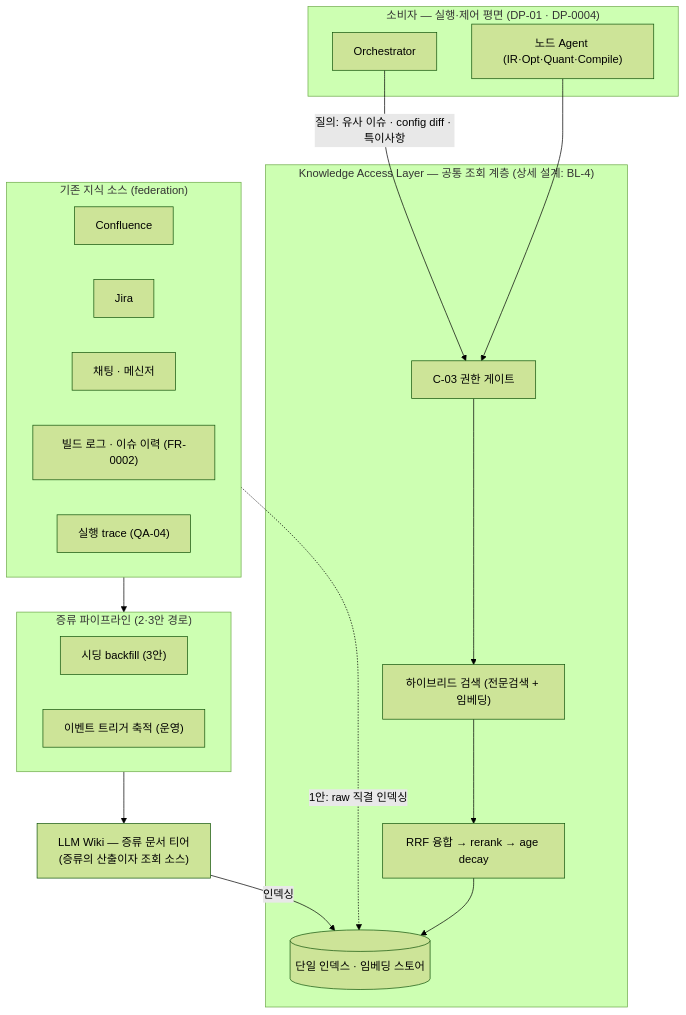
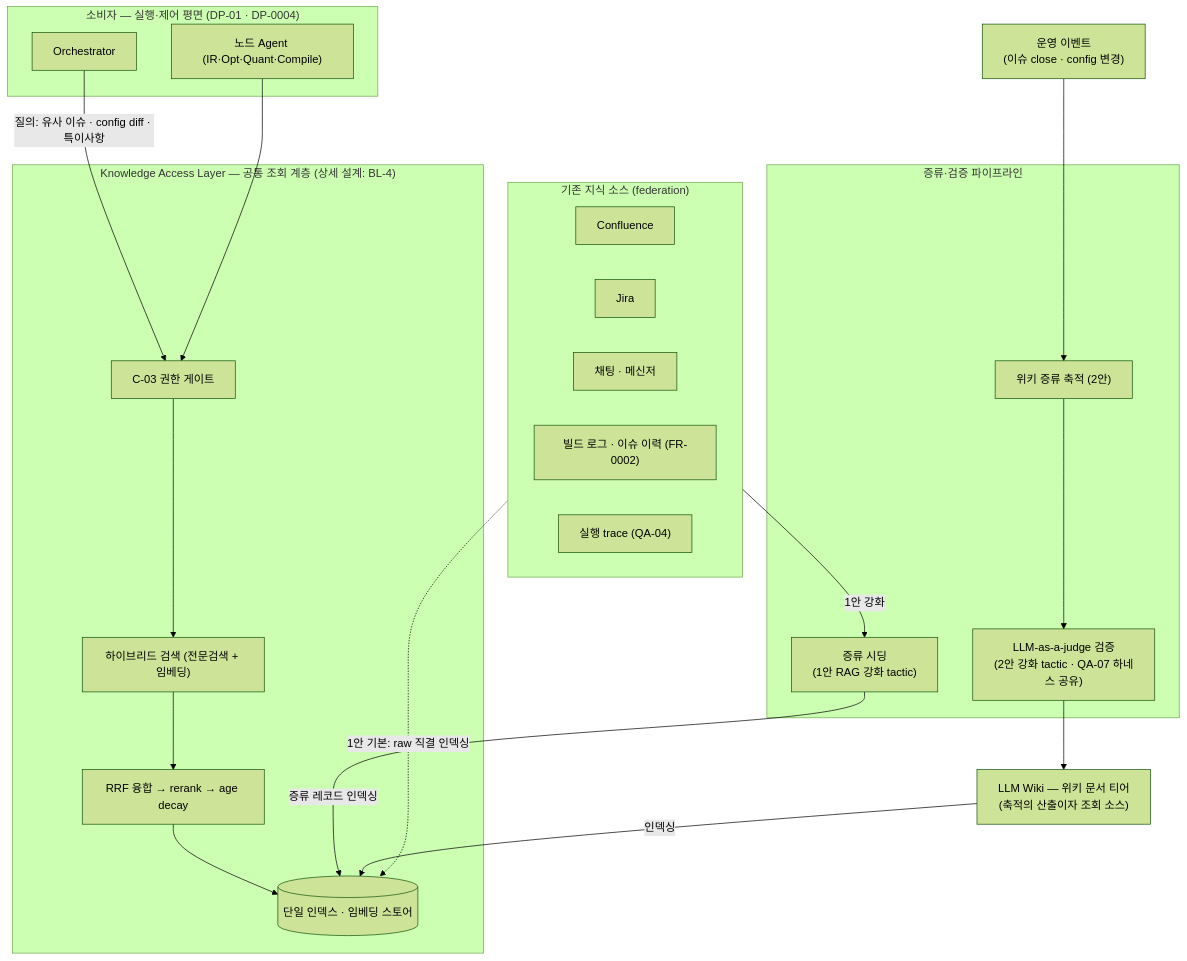
One commit to sj-meliora/archi-team-project changed the diagram in context/dp/DP-06-knowledge-base.md. Above: the diagram before and after it, drawn with Mermaid (forest theme). The commit also changed other lines of this file and 3 other files, not shown here.

First line of the commit message:
docs(dp): DP-06 v3 발표 용어 정비 — RAG vs LLM 위키 2안 + 강화 tactic 재배치

````diff
--- a/context/dp/DP-06-knowledge-base.md
+++ b/context/dp/DP-06-knowledge-base.md
@@ -61,38 +62,39 @@
 ```mermaid
 flowchart TB
     subgraph CONS["소비자 — 실행·제어 평면 (DP-01 · DP-0004)"]
         ORC["Orchestrator"]
         AGT["노드 Agent (IR·Opt·Quant·Compile)"]
     end
 
     subgraph KAL["Knowledge Access Layer — 공통 조회 계층 (상세 설계: BL-4)"]
         GATE["C-03 권한 게이트"]
         HYB["하이브리드 검색 (전문검색 + 임베딩)"]
         RANK["RRF 융합 → rerank → age decay"]
         IDX[("단일 인덱스 · 임베딩 스토어")]
     end
 
-    subgraph DIST["증류 파이프라인 (2·3안 경로)"]
-        SEED["시딩 backfill (3안)"]
-        EVT["이벤트 트리거 축적 (운영)"]
+    subgraph PIPE["증류·검증 파이프라인"]
+        SEED["증류 시딩<br/>(1안 RAG 강화 tactic)"]
+        ACC["위키 증류 축적 (2안)"]
+        JDG["LLM-as-a-judge 검증<br/>(2안 강화 tactic · QA-07 하네스 공유)"]
     end
 
-    WIKI["LLM Wiki — 증류 문서 티어<br/>(증류의 산출이자 조회 소스)"]
+    WIKI["LLM Wiki — 위키 문서 티어<br/>(축적의 산출이자 조회 소스)"]
+    EVT["운영 이벤트<br/>(이슈 close · config 변경)"]
 
     subgraph SRC["기존 지식 소스 (federation)"]
         CONF["Confluence"]
         JIRA["Jira"]
         CHAT["채팅 · 메신저"]
         LOGS["빌드 로그 · 이슈 이력 (FR-0002)"]
         TRC["실행 trace (QA-04)"]
     end
 
     ORC -->|"질의: 유사 이슈 · config diff · 특이사항"| GATE
     AGT --> GATE
     GATE --> HYB --> RANK --> IDX
 
-    SRC --> DIST
-    DIST --> WIKI
-    WIKI -->|"인덱싱"| IDX
-    SRC -.->|"1안: raw 직결 인덱싱"| IDX
+    SRC -.->|"1안 기본: raw 직결 인덱싱"| IDX
+    SRC -->|"1안 강화"| SEED -->|"증류 레코드 인덱싱"| IDX
+    EVT --> ACC --> JDG --> WIKI -->|"인덱싱"| IDX
 ```
````
